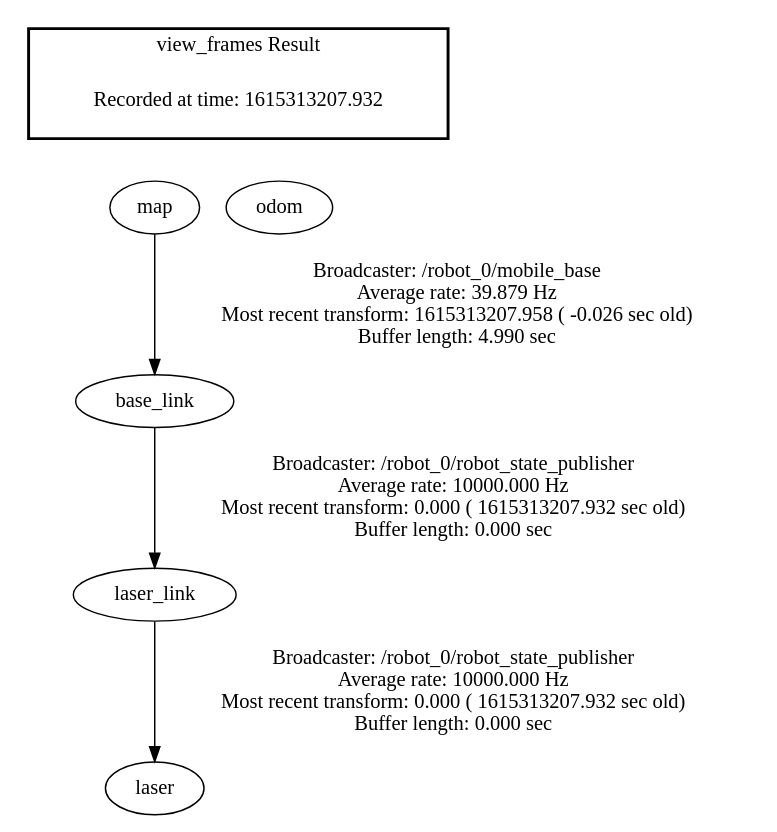
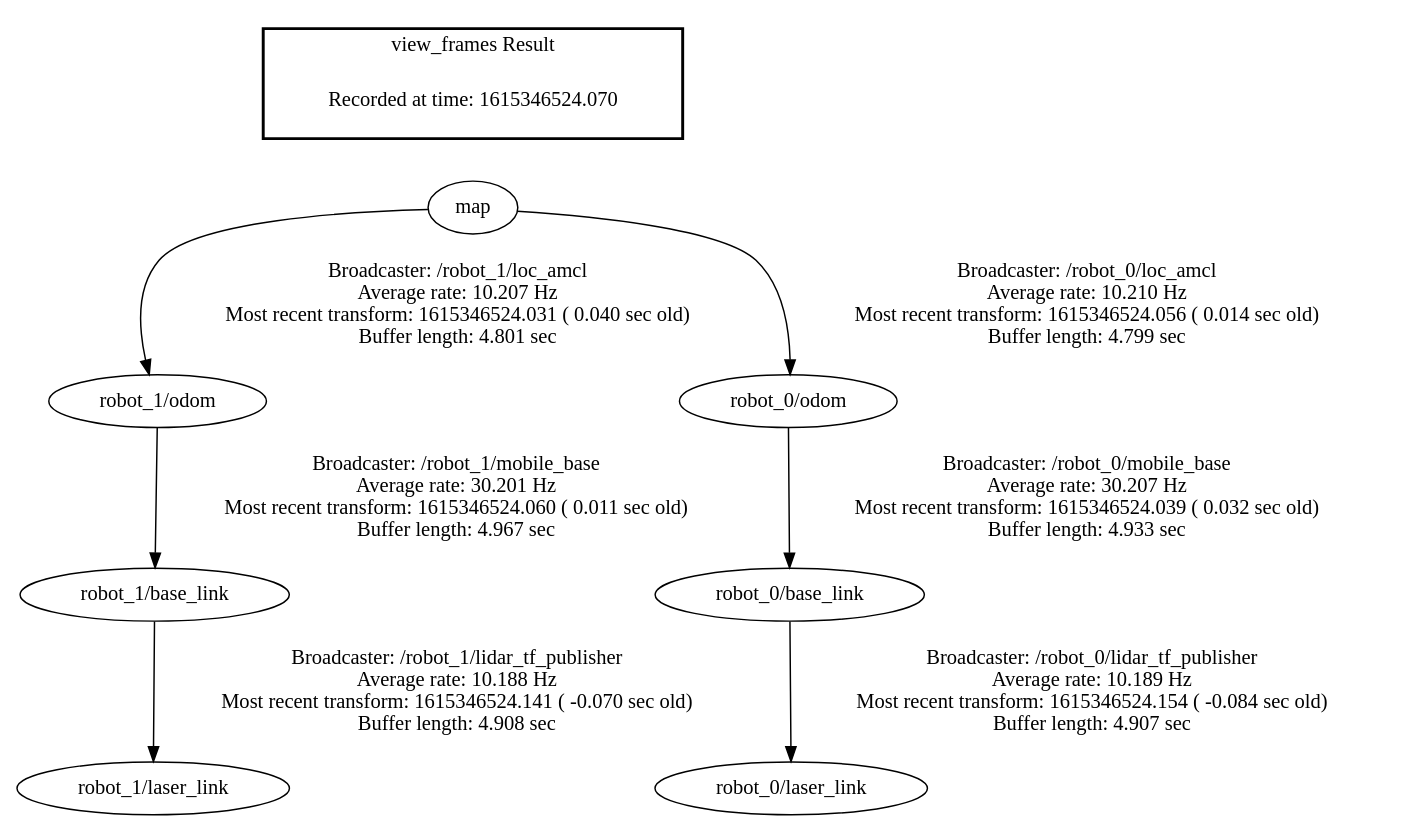
One commit to RoBorregos/smart-factory changed the diagram in dashgo_ws/frames.gv. Above: the diagram before and after it, drawn with Graphviz. The commit also changed 111 other files, not shown here.

```diff
--- a/dashgo_ws/frames.gv
+++ b/dashgo_ws/frames.gv
@@ -1,13 +1,12 @@
 digraph G {
-"base_link" -> "laser_link"[label="Broadcaster: /robot_0/robot_state_publisher\nAverage rate: 10000.000 Hz\nMost recent transform: 0.000 ( 1615313207.932 sec old)\nBuffer length: 0.000 sec\n"];
-"map" -> "base_link"[label="Broadcaster: /robot_0/mobile_base\nAverage rate: 39.879 Hz\nMost recent transform: 1615313207.958 ( -0.026 sec old)\nBuffer length: 4.990 sec\n"];
-"laser_link" -> "laser"[label="Broadcaster: /robot_0/robot_state_publisher\nAverage rate: 10000.000 Hz\nMost recent transform: 0.000 ( 1615313207.932 sec old)\nBuffer length: 0.000 sec\n"];
+"robot_1/odom" -> "robot_1/base_link"[label="Broadcaster: /robot_1/mobile_base\nAverage rate: 30.201 Hz\nMost recent transform: 1615346524.060 ( 0.011 sec old)\nBuffer length: 4.967 sec\n"];
+"map" -> "robot_1/odom"[label="Broadcaster: /robot_1/loc_amcl\nAverage rate: 10.207 Hz\nMost recent transform: 1615346524.031 ( 0.040 sec old)\nBuffer length: 4.801 sec\n"];
+"robot_0/odom" -> "robot_0/base_link"[label="Broadcaster: /robot_0/mobile_base\nAverage rate: 30.207 Hz\nMost recent transform: 1615346524.039 ( 0.032 sec old)\nBuffer length: 4.933 sec\n"];
+"map" -> "robot_0/odom"[label="Broadcaster: /robot_0/loc_amcl\nAverage rate: 10.210 Hz\nMost recent transform: 1615346524.056 ( 0.014 sec old)\nBuffer length: 4.799 sec\n"];
+"robot_1/base_link" -> "robot_1/laser_link"[label="Broadcaster: /robot_1/lidar_tf_publisher\nAverage rate: 10.188 Hz\nMost recent transform: 1615346524.141 ( -0.070 sec old)\nBuffer length: 4.908 sec\n"];
+"robot_0/base_link" -> "robot_0/laser_link"[label="Broadcaster: /robot_0/lidar_tf_publisher\nAverage rate: 10.189 Hz\nMost recent transform: 1615346524.154 ( -0.084 sec old)\nBuffer length: 4.907 sec\n"];
 edge [style=invis];
  subgraph cluster_legend { style=bold; color=black; label ="view_frames Result";
-"Recorded at time: 1615313207.932"[ shape=plaintext ] ;
+"Recorded at time: 1615346524.070"[ shape=plaintext ] ;
  }->"map";
-edge [style=invis];
- subgraph cluster_legend { style=bold; color=black; label ="view_frames Result";
-"Recorded at time: 1615313207.932"[ shape=plaintext ] ;
- }->"odom";
 }
```
